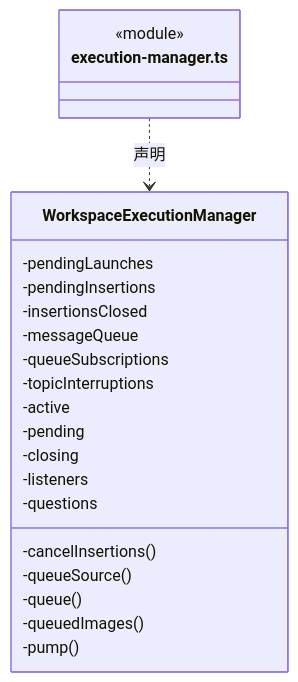
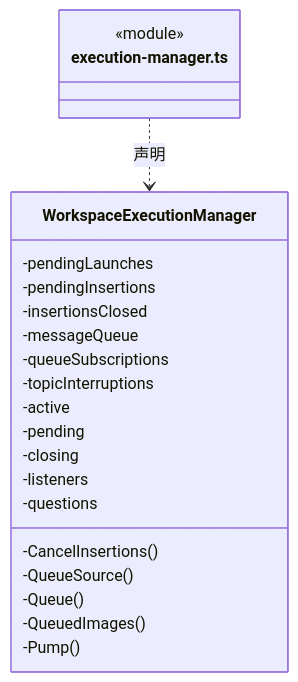
One commit to nan023062/cbim changed the fifth of 12 diagrams in src/logic/conversation/runtime/ARCHITECTURE.md. Above: the diagram before and after it, drawn with Mermaid. The commit also changed other lines of this file and 1035 other files, not shown here.

````diff
--- a/src/logic/conversation/runtime/ARCHITECTURE.md
+++ b/src/logic/conversation/runtime/ARCHITECTURE.md
@@ -177,25 +177,25 @@
 ```mermaid
 classDiagram
 class N_src_logic_conversation_runtime_execution_manager_ts["execution-manager.ts"] {
   <<module>>
 }
 class N_src_logic_conversation_runtime_execution_manager_ts_WorkspaceExecutionManager["WorkspaceExecutionManager"] {
   -pendingLaunches
   -pendingInsertions
   -insertionsClosed
-  -cancelInsertions()
+  -CancelInsertions()
   -messageQueue
   -queueSubscriptions
-  -queueSource()
-  -queue()
-  -queuedImages()
-  -pump()
+  -QueueSource()
+  -Queue()
+  -QueuedImages()
+  -Pump()
   -topicInterruptions
   -active
   -pending
   -closing
   -listeners
   -questions
 }
 N_src_logic_conversation_runtime_execution_manager_ts ..> N_src_logic_conversation_runtime_execution_manager_ts_WorkspaceExecutionManager : 声明
 ```
````
